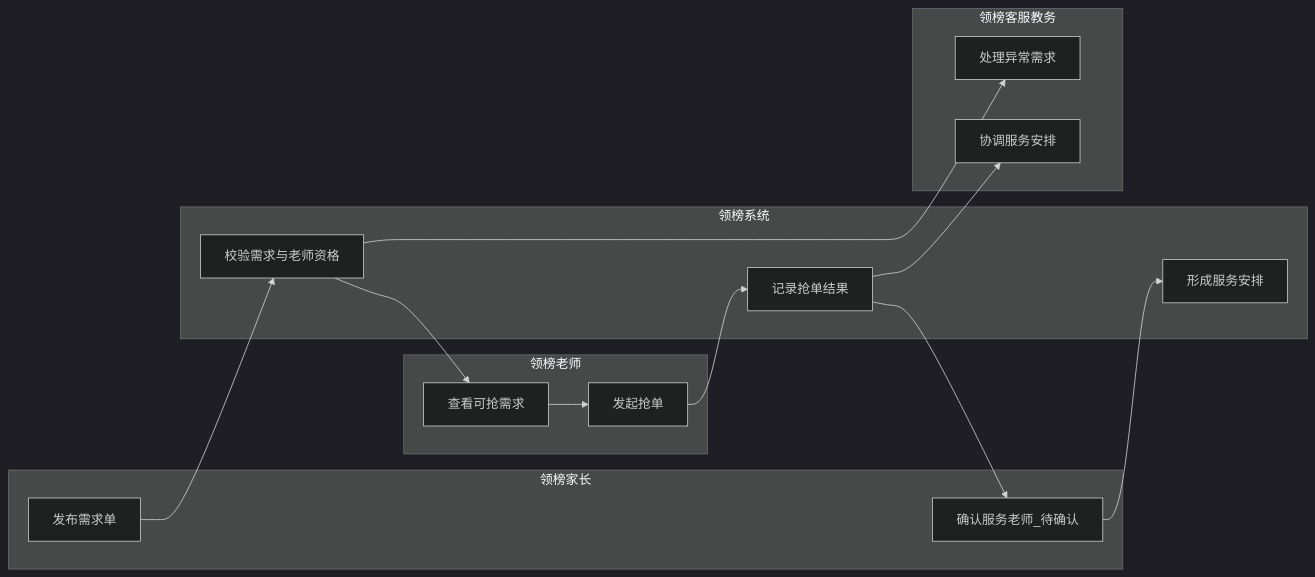
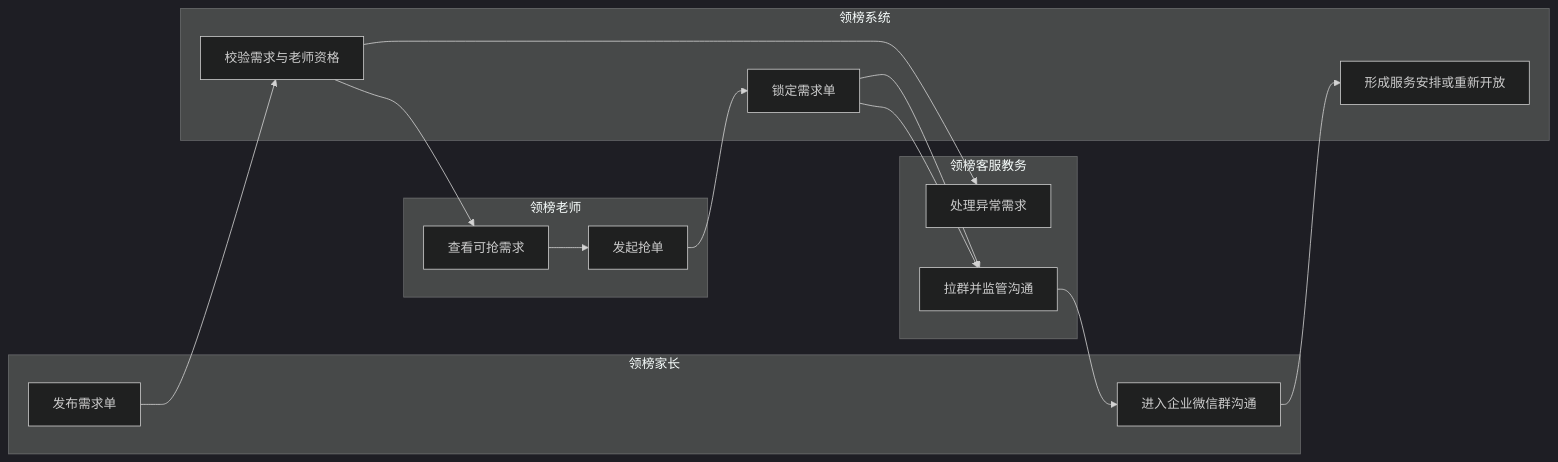
Before and after one commit to xyf394175606-arch/yzb: the second of 5 diagrams in 06_业务流程/业务流程_领榜教育C2C流程_v1_20260603.md, drawn with Mermaid (dark theme). The commit also changed other lines of this file and 6 other files, not shown here.

````diff
--- a/06_业务流程/业务流程_领榜教育C2C流程_v1_20260603.md
+++ b/06_业务流程/业务流程_领榜教育C2C流程_v1_20260603.md
@@ -147,25 +168,26 @@
 ```mermaid
 flowchart LR
   subgraph Parent[领榜家长]
     P1[发布需求单]
-    P5[确认服务老师_待确认]
+    P5[进入企业微信群沟通]
   end
   subgraph Teacher[领榜老师]
     T1[查看可抢需求]
     T2[发起抢单]
   end
   subgraph System[领榜系统]
     S1[校验需求与老师资格]
-    S2[记录抢单结果]
-    S3[形成服务安排]
+    S2[锁定需求单]
+    S3[形成服务安排或重新开放]
   end
   subgraph Ops[领榜客服教务]
     O1[处理异常需求]
-    O2[协调服务安排]
+    O2[拉群并监管沟通]
   end
   P1 --> S1 --> T1 --> T2 --> S2
-  S2 --> P5
+  S2 --> O2
+  O2 --> P5
   P5 --> S3
   S2 --> O2
   S1 --> O1
 ```
````
